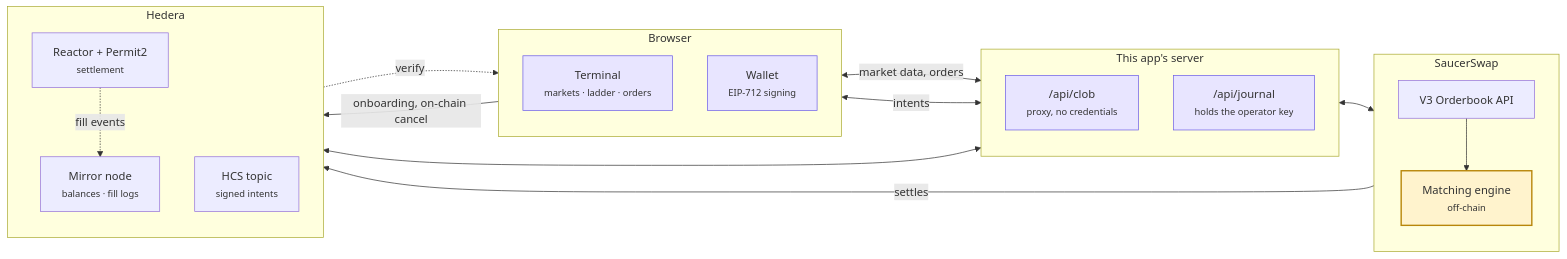
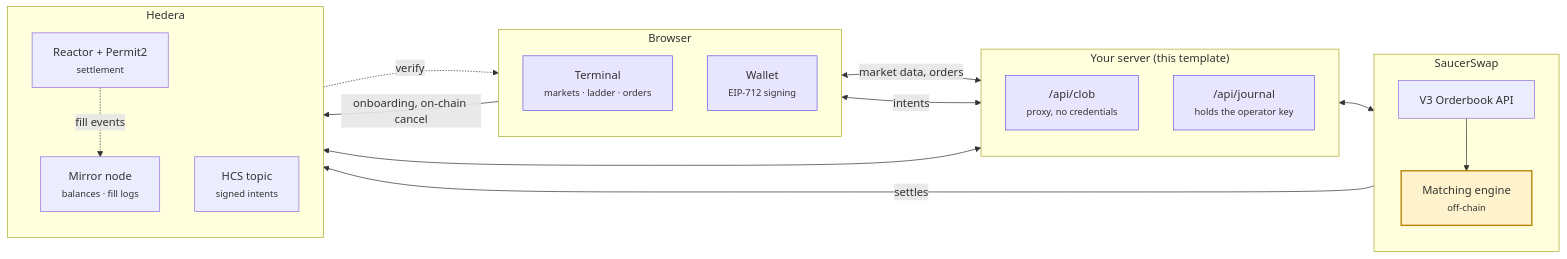
The first of 2 diagrams in README.md (OrderForge/scaffold-hbar-limit-orders), drawn with Mermaid before and after one commit. The commit also changed other lines of this file and 4 other files, not shown here.

First line of the commit message:
docs: say template, not app, and put prerequisites first

````diff
--- a/README.md
+++ b/README.md
@@ -174,42 +195,42 @@
 ```mermaid
 flowchart LR
     subgraph browser["Browser"]
         direction TB
         UI["Terminal<br/><small>markets · ladder · orders</small>"]
         WALLET["Wallet<br/><small>EIP-712 signing</small>"]
     end
 
-    subgraph server["This app's server"]
+    subgraph server["Your server (this template)"]
         direction TB
         PROXY["/api/clob<br/><small>proxy, no credentials</small>"]
         JOURNAL["/api/journal<br/><small>holds the operator key</small>"]
     end
 
     subgraph venue["SaucerSwap"]
         direction TB
         API["V3 Orderbook API"]
         MATCH["Matching engine<br/><small>off-chain</small>"]
     end
 
     subgraph hedera["Hedera"]
         direction TB
         REACTOR["Reactor + Permit2<br/><small>settlement</small>"]
         TOPIC["HCS topic<br/><small>signed intents</small>"]
         MIRROR["Mirror node<br/><small>balances · fill logs</small>"]
     end
 
     UI <-->|"market data, orders"| PROXY
     PROXY <--> API
     UI <-->|"intents"| JOURNAL
     JOURNAL <--> TOPIC
     API --> MATCH
     MATCH -->|"settles"| REACTOR
     WALLET -->|"onboarding, on-chain cancel"| REACTOR
     REACTOR -.->|"fill events"| MIRROR
     MIRROR -.->|"verify"| UI
 
     classDef untrusted fill:#fff3cd,stroke:#b8860b,stroke-width:2px
     classDef ours fill:#e8e5ff,stroke:#6b5ce7
     class MATCH untrusted
     class UI,WALLET,PROXY,JOURNAL ours
 ```
````
